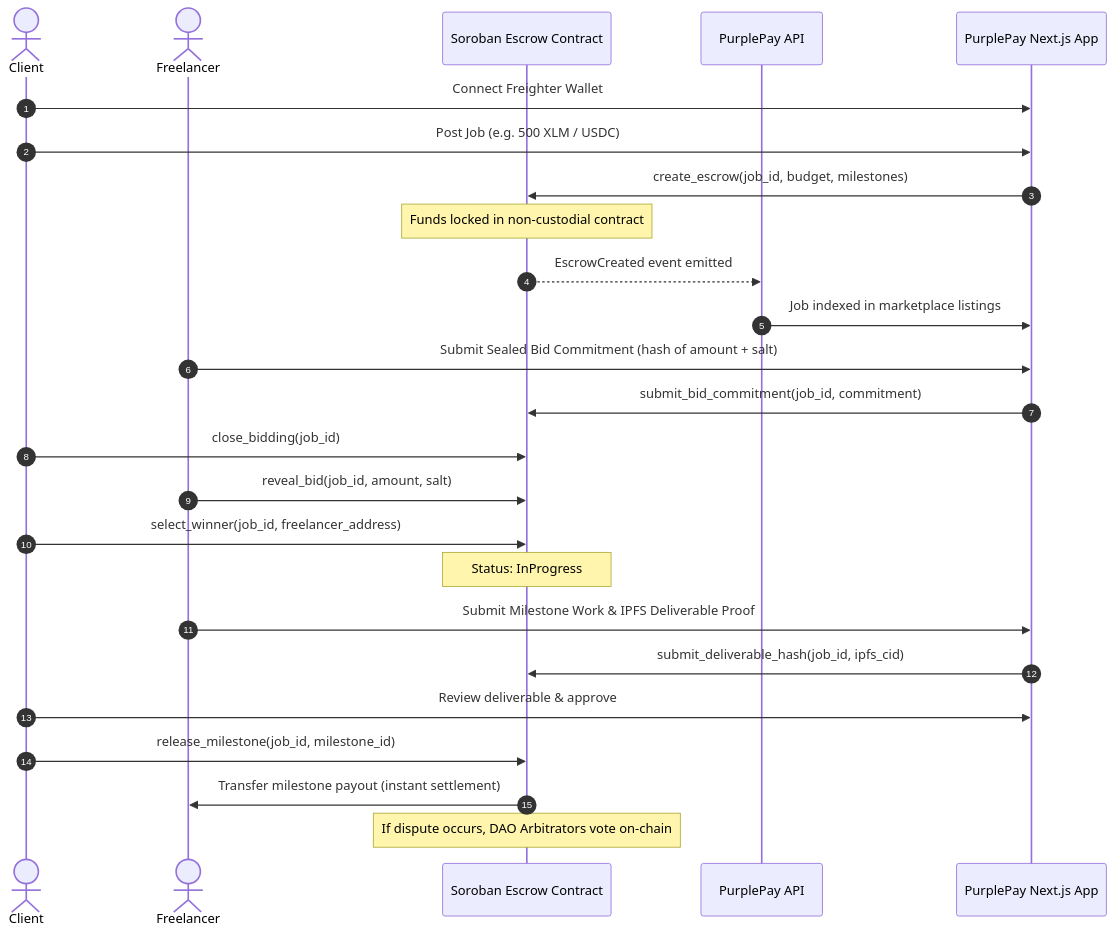
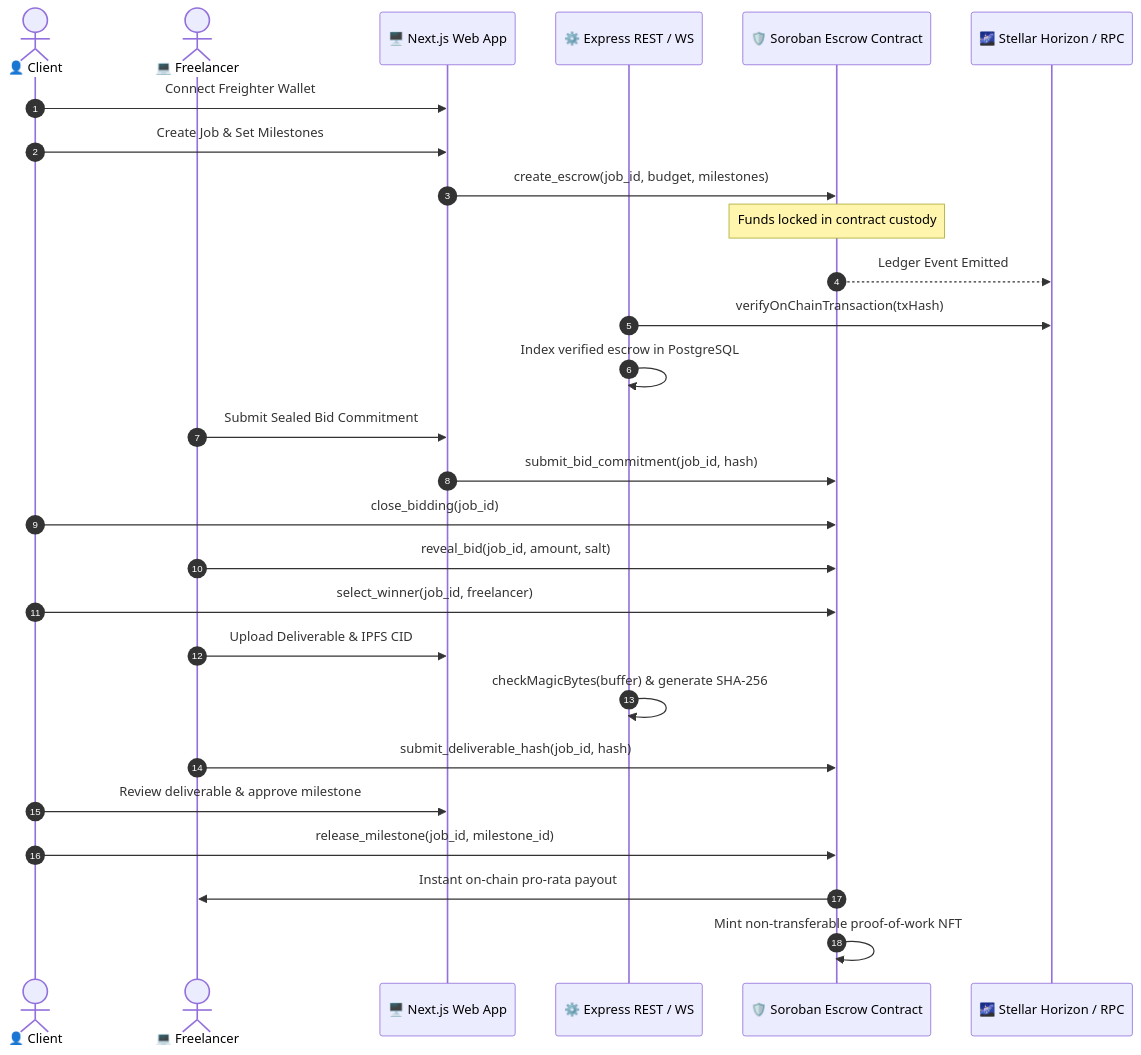
Before and after one commit to Stellar-PurplePay/Stellar-PurplePay: the diagram in README.md, drawn with Mermaid. The commit also changed other lines of this file and 1 other file, not shown here.

Commit message:
docs: enrich README with audited security badges, audit summary, sequence diagrams, and update changelog

````diff
--- a/README.md
+++ b/README.md
@@ -38,30 +53,33 @@
 ```mermaid
 sequenceDiagram
     autonumber
-    actor Client
-    actor Freelancer
-    participant Soroban as Soroban Escrow Contract
-    participant Backend as PurplePay API
-    participant Frontend as PurplePay Next.js App
+    actor Client as 👤 Client
+    actor Freelancer as 💻 Freelancer
+    participant Frontend as 🖥️ Next.js Web App
+    participant Backend as ⚙️ Express REST / WS
+    participant Soroban as 🛡️ Soroban Escrow Contract
+    participant Horizon as 🌌 Stellar Horizon / RPC
 
     Client->>Frontend: Connect Freighter Wallet
-    Client->>Frontend: Post Job (e.g. 500 XLM / USDC)
+    Client->>Frontend: Create Job & Set Milestones
     Frontend->>Soroban: create_escrow(job_id, budget, milestones)
-    Note over Soroban: Funds locked in non-custodial contract
-    Soroban-->>Backend: EscrowCreated event emitted
-    Backend->>Frontend: Job indexed in marketplace listings
+    Note over Soroban: Funds locked in contract custody
+    Soroban-->>Horizon: Ledger Event Emitted
+    Backend->>Horizon: verifyOnChainTransaction(txHash)
+    Backend->>Backend: Index verified escrow in PostgreSQL
 
-    Freelancer->>Frontend: Submit Sealed Bid Commitment (hash of amount + salt)
-    Frontend->>Soroban: submit_bid_commitment(job_id, commitment)
+    Freelancer->>Frontend: Submit Sealed Bid Commitment
+    Frontend->>Soroban: submit_bid_commitment(job_id, hash)
     Client->>Soroban: close_bidding(job_id)
     Freelancer->>Soroban: reveal_bid(job_id, amount, salt)
-    Client->>Soroban: select_winner(job_id, freelancer_address)
-    Note over Soroban: Status: InProgress
+    Client->>Soroban: select_winner(job_id, freelancer)
 
-    Freelancer->>Frontend: Submit Milestone Work & IPFS Deliverable Proof
-    Frontend->>Soroban: submit_deliverable_hash(job_id, ipfs_cid)
-    Client->>Frontend: Review deliverable & approve
+    Freelancer->>Frontend: Upload Deliverable & IPFS CID
+    Backend->>Backend: checkMagicBytes(buffer) & generate SHA-256
+    Freelancer->>Soroban: submit_deliverable_hash(job_id, hash)
+
+    Client->>Frontend: Review deliverable & approve milestone
     Client->>Soroban: release_milestone(job_id, milestone_id)
-    Soroban->>Freelancer: Transfer milestone payout (instant settlement)
-    Note over Soroban: If dispute occurs, DAO Arbitrators vote on-chain
+    Soroban->>Freelancer: Instant on-chain pro-rata payout
+    Soroban->>Soroban: Mint non-transferable proof-of-work NFT
 ```
````
